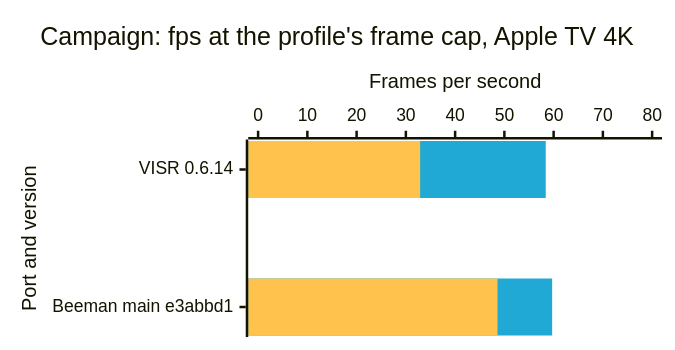
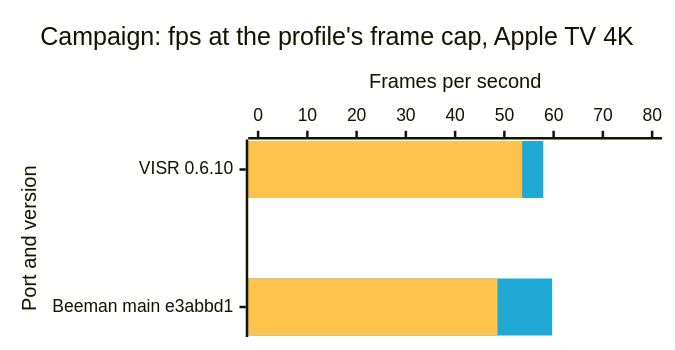
The sixth of 8 diagrams in docs/benchmarks.md (VISR-CE/visr), drawn with Mermaid before and after one commit. The commit also changed other lines of this file and 22 other files, not shown here.

Commit message:
⏪️ revert(benchmarks): take out the VISR 0.6.14 iPad Pro M1, iPhone 17 Pro and Apple TV 4K rows and frames (530b3c96f, 0bcd22c34, 4b15977ef) — the browser chart model in `test_perf_compare_sheet` no longer matches the Python charts with them in

````diff
--- a/docs/benchmarks.md
+++ b/docs/benchmarks.md
@@ -168,17 +168,17 @@
 ```mermaid
 ---
 config:
   xyChart:
     width: 520
     height: 260
   themeVariables:
     xyChart:
       plotColorPalette: "#1fa9d4, #ffc24d"
 ---
 xychart-beta horizontal
     title "Campaign: fps at the profile's frame cap, Apple TV 4K"
-    x-axis "Port and version" ["VISR 0.6.14", "Beeman main e3abbd1"]
+    x-axis "Port and version" ["VISR 0.6.10", "Beeman main e3abbd1"]
     y-axis "Frames per second" 0 --> 80
-    bar [58.4, 59.7]
-    bar [32.9, 48.6]
+    bar [57.9, 59.7]
+    bar [53.6, 48.6]
 ```
````
